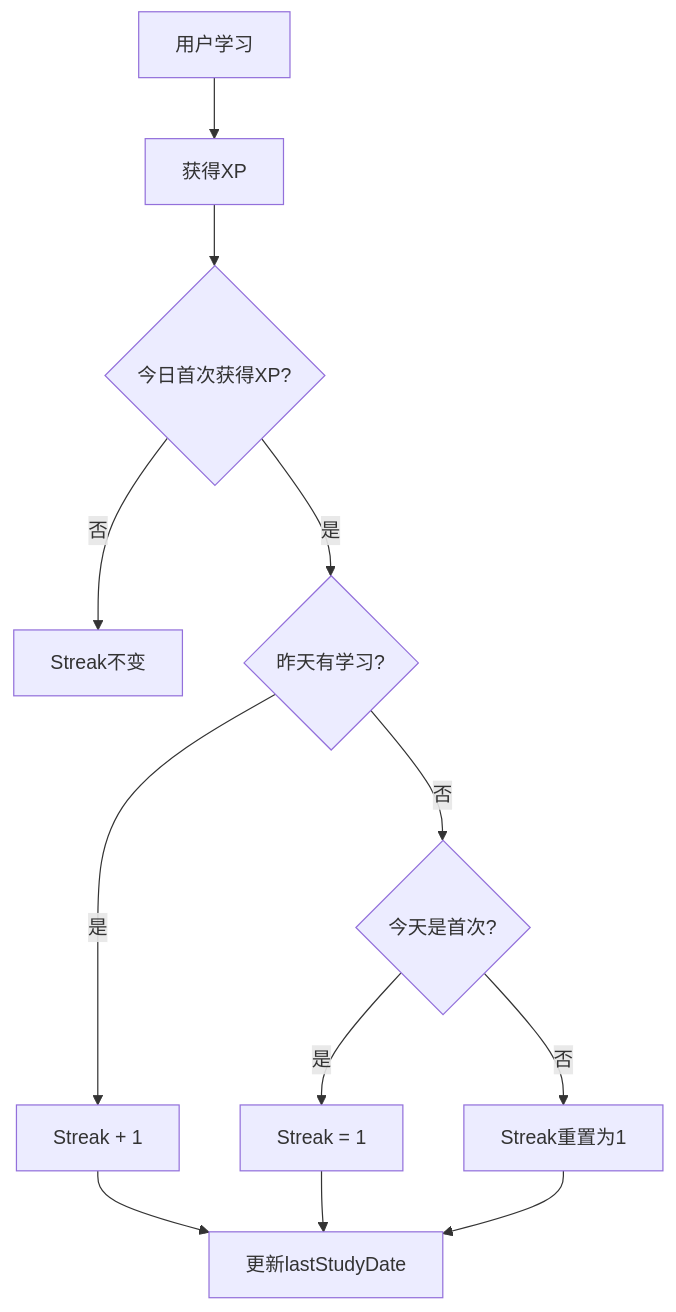
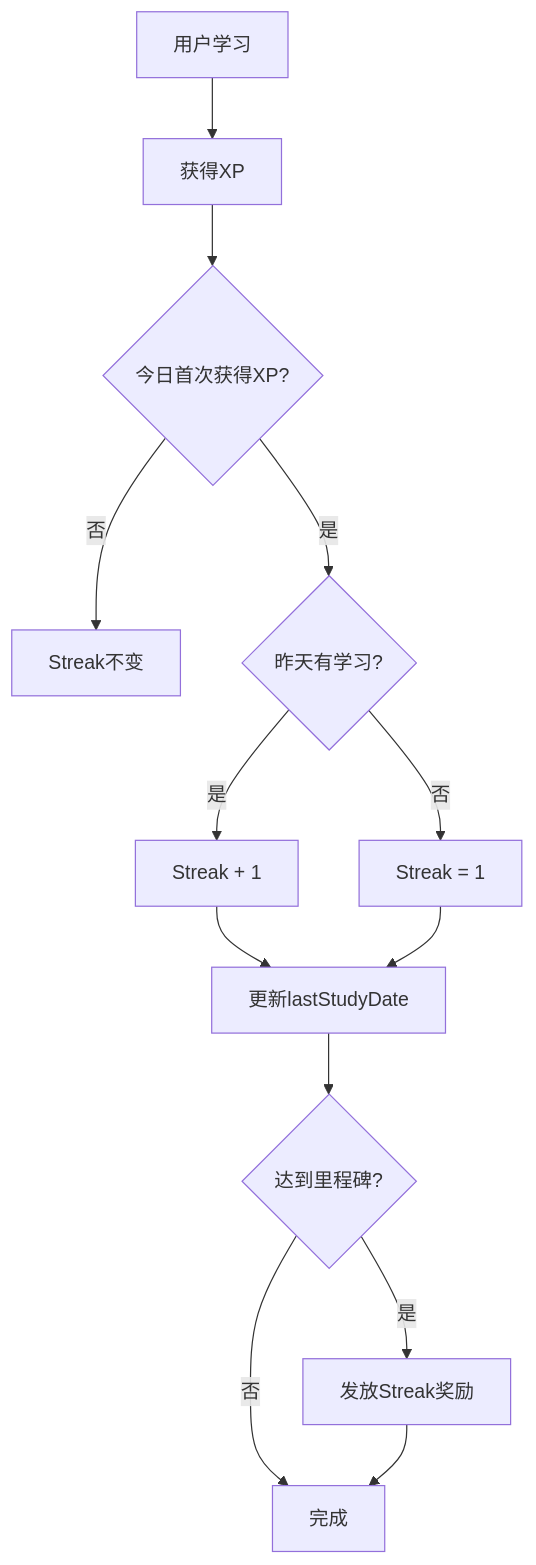
Before and after one commit to momo2029/noiquest: the second of 4 diagrams in docs/modules/gamification.md, drawn with Mermaid. The commit also changed other lines of this file and 4 other files, not shown here.

````diff
--- a/docs/modules/gamification.md
+++ b/docs/modules/gamification.md
@@ -80,14 +257,15 @@
 ```mermaid
 flowchart TD
     A[用户学习] --> B[获得XP]
     B --> C{今日首次获得XP?}
     C -->|否| D[Streak不变]
     C -->|是| E{昨天有学习?}
     E -->|是| F[Streak + 1]
-    E -->|否| G{今天是首次?}
-    G -->|是| H[Streak = 1]
-    G -->|否| I[Streak重置为1]
-    F --> J[更新lastStudyDate]
-    H --> J
-    I --> J
+    E -->|否| G[Streak = 1]
+    F --> H[更新lastStudyDate]
+    G --> H
+    H --> I{达到里程碑?}
+    I -->|是| J[发放Streak奖励]
+    I -->|否| K[完成]
+    J --> K
 ```
````
